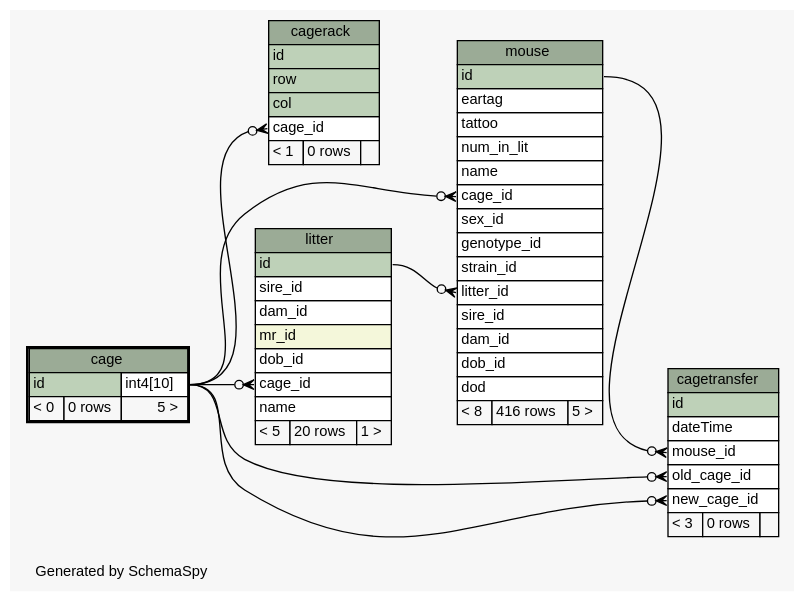
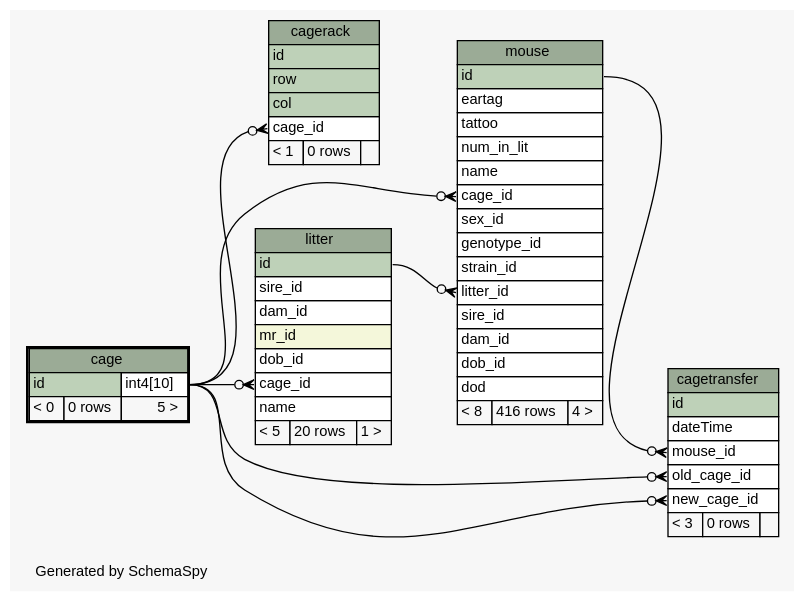
The diagram in database/ss/diagrams/cage.1degree.dot (tgbugs/mlab), drawn with Graphviz before and after one commit. The commit also changed 292 other files, not shown here.

```diff
--- a/database/ss/diagrams/cage.1degree.dot
+++ b/database/ss/diagrams/cage.1degree.dot
@@ -1,105 +1,105 @@
-// dot 2.32.0 on Windows 7 6.1
+// dot 2.34.0 on Windows 7 6.1
 // SchemaSpy rev 590
 digraph "oneDegreeRelationshipsDiagram" {
   graph [
     rankdir="RL"
     bgcolor="#f7f7f7"
     label="\nGenerated by SchemaSpy"
     labeljust="l"
     nodesep="0.18"
     ranksep="0.46"
     fontname="Helvetica"
     fontsize="11"
   ];
   node [
     fontname="Helvetica"
     fontsize="11"
     shape="plaintext"
   ];
   edge [
     arrowsize="0.8"
   ];
   "cagerack":"cage_id":w -> "cage":"id.type":e [arrowhead=none dir=back arrowtail=crowodot];
   "cagetransfer":"mouse_id":w -> "mouse":"id":e [arrowhead=none dir=back arrowtail=crowodot];
   "cagetransfer":"new_cage_id":w -> "cage":"id.type":e [arrowhead=none dir=back arrowtail=crowodot];
   "cagetransfer":"old_cage_id":w -> "cage":"id.type":e [arrowhead=none dir=back arrowtail=crowodot];
   "litter":"cage_id":w -> "cage":"id.type":e [arrowhead=none dir=back arrowtail=crowodot];
   "mouse":"cage_id":w -> "cage":"id.type":e [arrowhead=none dir=back arrowtail=crowodot];
   "mouse":"litter_id":w -> "litter":"id":e [arrowhead=none dir=back arrowtail=crowodot];
   "cage" [
     label=<
     <TABLE BORDER="2" CELLBORDER="1" CELLSPACING="0" BGCOLOR="#ffffff">
       <TR><TD COLSPAN="3" BGCOLOR="#9bab96" ALIGN="CENTER">cage</TD></TR>
       <TR><TD PORT="id" COLSPAN="2" BGCOLOR="#bed1b8" ALIGN="LEFT">id</TD><TD PORT="id.type" ALIGN="LEFT">int4[10]</TD></TR>
       <TR><TD ALIGN="LEFT" BGCOLOR="#f7f7f7">&lt; 0</TD><TD ALIGN="RIGHT" BGCOLOR="#f7f7f7">0 rows</TD><TD ALIGN="RIGHT" BGCOLOR="#f7f7f7">5 &gt;</TD></TR>
     </TABLE>>
     URL="cage.html"
     tooltip="cage"
   ];
   "cagerack" [
     label=<
     <TABLE BORDER="0" CELLBORDER="1" CELLSPACING="0" BGCOLOR="#ffffff">
       <TR><TD COLSPAN="3" BGCOLOR="#9bab96" ALIGN="CENTER">cagerack</TD></TR>
       <TR><TD PORT="id" COLSPAN="3" BGCOLOR="#bed1b8" ALIGN="LEFT">id</TD></TR>
       <TR><TD PORT="row" COLSPAN="3" BGCOLOR="#bed1b8" ALIGN="LEFT">row</TD></TR>
       <TR><TD PORT="col" COLSPAN="3" BGCOLOR="#bed1b8" ALIGN="LEFT">col</TD></TR>
       <TR><TD PORT="cage_id" COLSPAN="3" ALIGN="LEFT">cage_id</TD></TR>
       <TR><TD ALIGN="LEFT" BGCOLOR="#f7f7f7">&lt; 1</TD><TD ALIGN="RIGHT" BGCOLOR="#f7f7f7">0 rows</TD><TD ALIGN="RIGHT" BGCOLOR="#f7f7f7">  </TD></TR>
     </TABLE>>
     URL="cagerack.html"
     tooltip="cagerack"
   ];
   "cagetransfer" [
     label=<
     <TABLE BORDER="0" CELLBORDER="1" CELLSPACING="0" BGCOLOR="#ffffff">
       <TR><TD COLSPAN="3" BGCOLOR="#9bab96" ALIGN="CENTER">cagetransfer</TD></TR>
       <TR><TD PORT="id" COLSPAN="3" BGCOLOR="#bed1b8" ALIGN="LEFT">id</TD></TR>
       <TR><TD PORT="dateTime" COLSPAN="3" ALIGN="LEFT">dateTime</TD></TR>
       <TR><TD PORT="mouse_id" COLSPAN="3" ALIGN="LEFT">mouse_id</TD></TR>
       <TR><TD PORT="old_cage_id" COLSPAN="3" ALIGN="LEFT">old_cage_id</TD></TR>
       <TR><TD PORT="new_cage_id" COLSPAN="3" ALIGN="LEFT">new_cage_id</TD></TR>
       <TR><TD ALIGN="LEFT" BGCOLOR="#f7f7f7">&lt; 3</TD><TD ALIGN="RIGHT" BGCOLOR="#f7f7f7">0 rows</TD><TD ALIGN="RIGHT" BGCOLOR="#f7f7f7">  </TD></TR>
     </TABLE>>
     URL="cagetransfer.html"
     tooltip="cagetransfer"
   ];
   "litter" [
     label=<
     <TABLE BORDER="0" CELLBORDER="1" CELLSPACING="0" BGCOLOR="#ffffff">
       <TR><TD COLSPAN="3" BGCOLOR="#9bab96" ALIGN="CENTER">litter</TD></TR>
       <TR><TD PORT="id" COLSPAN="3" BGCOLOR="#bed1b8" ALIGN="LEFT">id</TD></TR>
       <TR><TD PORT="sire_id" COLSPAN="3" ALIGN="LEFT">sire_id</TD></TR>
       <TR><TD PORT="dam_id" COLSPAN="3" ALIGN="LEFT">dam_id</TD></TR>
       <TR><TD PORT="mr_id" COLSPAN="3" BGCOLOR="#f4f7da" ALIGN="LEFT">mr_id</TD></TR>
       <TR><TD PORT="dob_id" COLSPAN="3" ALIGN="LEFT">dob_id</TD></TR>
       <TR><TD PORT="cage_id" COLSPAN="3" ALIGN="LEFT">cage_id</TD></TR>
       <TR><TD PORT="name" COLSPAN="3" ALIGN="LEFT">name</TD></TR>
       <TR><TD ALIGN="LEFT" BGCOLOR="#f7f7f7">&lt; 5</TD><TD ALIGN="RIGHT" BGCOLOR="#f7f7f7">20 rows</TD><TD ALIGN="RIGHT" BGCOLOR="#f7f7f7">1 &gt;</TD></TR>
     </TABLE>>
     URL="litter.html"
     tooltip="litter"
   ];
   "mouse" [
     label=<
     <TABLE BORDER="0" CELLBORDER="1" CELLSPACING="0" BGCOLOR="#ffffff">
       <TR><TD COLSPAN="3" BGCOLOR="#9bab96" ALIGN="CENTER">mouse</TD></TR>
       <TR><TD PORT="id" COLSPAN="3" BGCOLOR="#bed1b8" ALIGN="LEFT">id</TD></TR>
       <TR><TD PORT="eartag" COLSPAN="3" ALIGN="LEFT">eartag</TD></TR>
       <TR><TD PORT="tattoo" COLSPAN="3" ALIGN="LEFT">tattoo</TD></TR>
       <TR><TD PORT="num_in_lit" COLSPAN="3" ALIGN="LEFT">num_in_lit</TD></TR>
       <TR><TD PORT="name" COLSPAN="3" ALIGN="LEFT">name</TD></TR>
       <TR><TD PORT="cage_id" COLSPAN="3" ALIGN="LEFT">cage_id</TD></TR>
       <TR><TD PORT="sex_id" COLSPAN="3" ALIGN="LEFT">sex_id</TD></TR>
       <TR><TD PORT="genotype_id" COLSPAN="3" ALIGN="LEFT">genotype_id</TD></TR>
       <TR><TD PORT="strain_id" COLSPAN="3" ALIGN="LEFT">strain_id</TD></TR>
       <TR><TD PORT="litter_id" COLSPAN="3" ALIGN="LEFT">litter_id</TD></TR>
       <TR><TD PORT="sire_id" COLSPAN="3" ALIGN="LEFT">sire_id</TD></TR>
       <TR><TD PORT="dam_id" COLSPAN="3" ALIGN="LEFT">dam_id</TD></TR>
       <TR><TD PORT="dob_id" COLSPAN="3" ALIGN="LEFT">dob_id</TD></TR>
       <TR><TD PORT="dod" COLSPAN="3" ALIGN="LEFT">dod</TD></TR>
-      <TR><TD ALIGN="LEFT" BGCOLOR="#f7f7f7">&lt; 8</TD><TD ALIGN="RIGHT" BGCOLOR="#f7f7f7">416 rows</TD><TD ALIGN="RIGHT" BGCOLOR="#f7f7f7">5 &gt;</TD></TR>
+      <TR><TD ALIGN="LEFT" BGCOLOR="#f7f7f7">&lt; 8</TD><TD ALIGN="RIGHT" BGCOLOR="#f7f7f7">416 rows</TD><TD ALIGN="RIGHT" BGCOLOR="#f7f7f7">4 &gt;</TD></TR>
     </TABLE>>
     URL="mouse.html"
     tooltip="mouse"
   ];
 }
```
